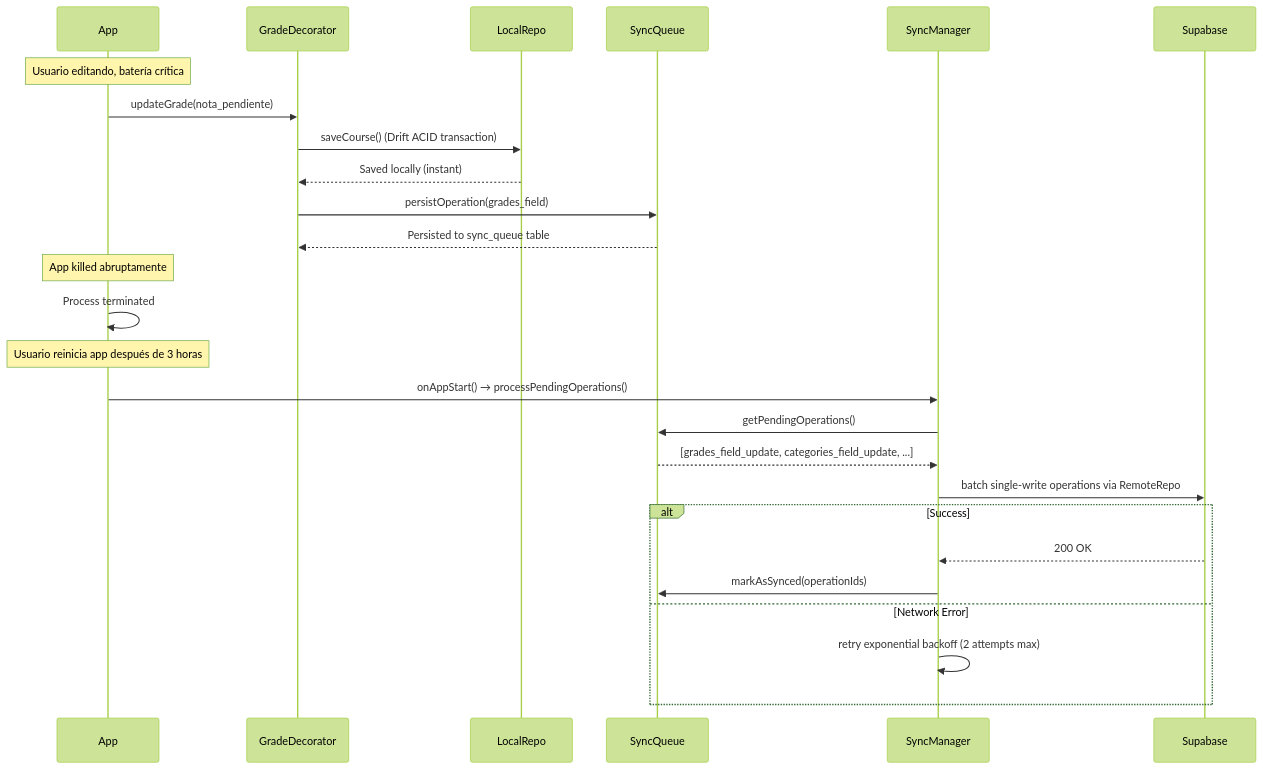
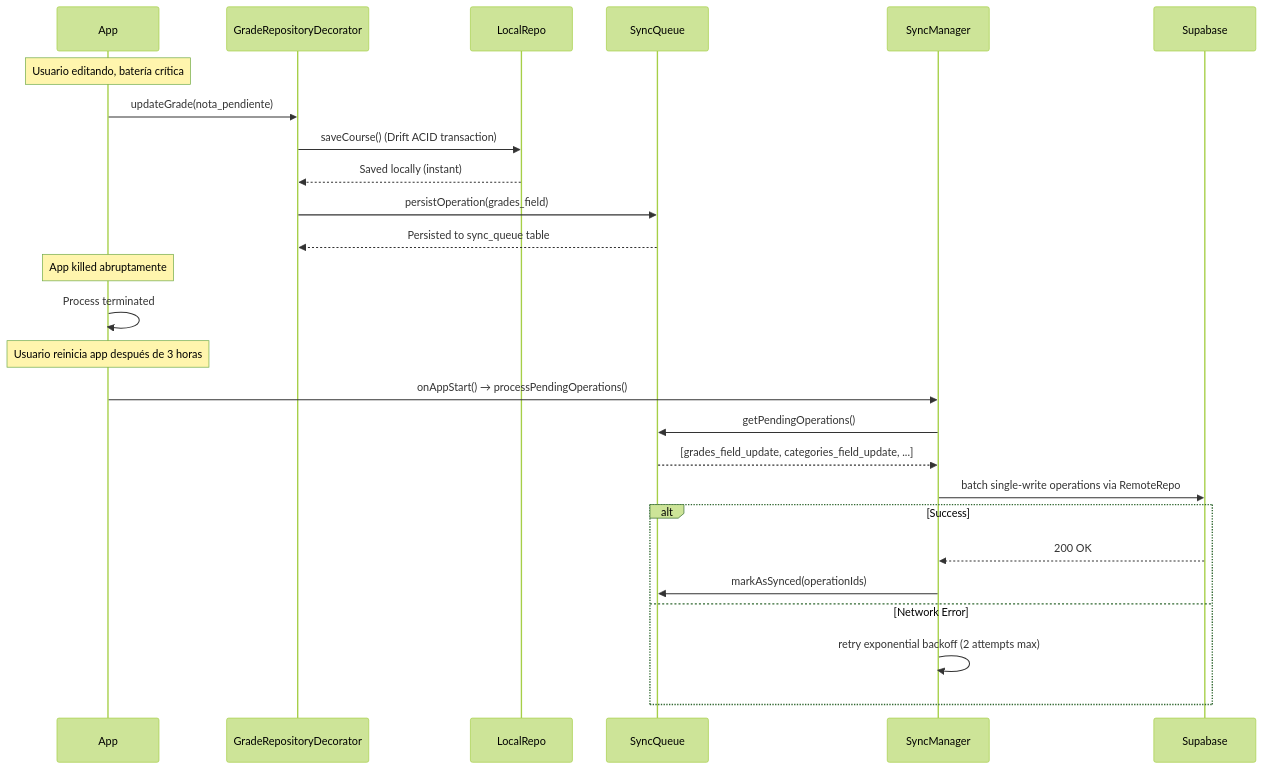
One commit to sigapp-unp/sigapp-mobile changed the third of 6 diagrams in docs/database/database-optimization-strategy.md. Above: the diagram before and after it, drawn with Mermaid (forest theme). The commit also changed other lines of this file and 76 other files, not shown here.

````diff
--- a/docs/database/database-optimization-strategy.md
+++ b/docs/database/database-optimization-strategy.md
@@ -172,34 +172,34 @@
 ```mermaid
 sequenceDiagram
     participant App
-    participant GradeDecorator
+    participant GradeRepositoryDecorator
     participant LocalRepo
     participant SyncQueue
     participant SyncManager
     participant Supabase
 
     Note over App: Usuario editando, batería crítica
 
-    App->>GradeDecorator: updateGrade(nota_pendiente)
-    GradeDecorator->>LocalRepo: saveCourse() (Drift ACID transaction)
-    LocalRepo-->>GradeDecorator: Saved locally (instant)
-    GradeDecorator->>SyncQueue: persistOperation(grades_field)
-    SyncQueue-->>GradeDecorator: Persisted to sync_queue table
+    App->>GradeRepositoryDecorator: updateGrade(nota_pendiente)
+    GradeRepositoryDecorator->>LocalRepo: saveCourse() (Drift ACID transaction)
+    LocalRepo-->>GradeRepositoryDecorator: Saved locally (instant)
+    GradeRepositoryDecorator->>SyncQueue: persistOperation(grades_field)
+    SyncQueue-->>GradeRepositoryDecorator: Persisted to sync_queue table
 
     Note over App: App killed abruptamente
     App->>App: Process terminated
 
     Note over App: Usuario reinicia app después de 3 horas
 
     App->>SyncManager: onAppStart() → processPendingOperations()
     SyncManager->>SyncQueue: getPendingOperations()
     SyncQueue-->>SyncManager: [grades_field_update, categories_field_update, ...]
 
     SyncManager->>Supabase: batch single-write operations via RemoteRepo
     alt Success
         Supabase-->>SyncManager: 200 OK
         SyncManager->>SyncQueue: markAsSynced(operationIds)
     else Network Error
         SyncManager->>SyncManager: retry exponential backoff (2 attempts max)
     end
 ```
````
